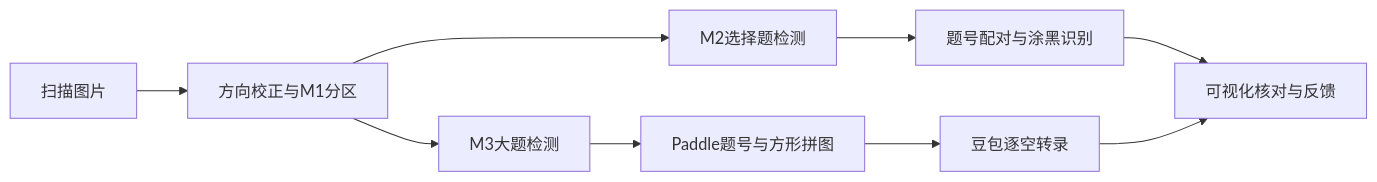
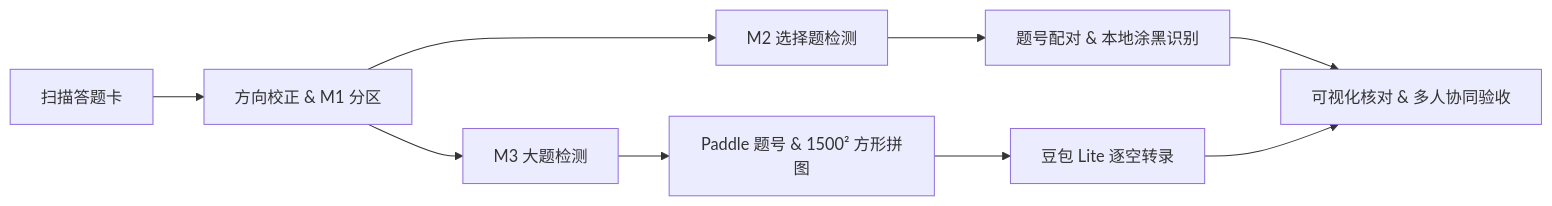
The diagram in README.md (KJNSAIUDHWI/my_first_project), drawn with Mermaid before and after one commit. The commit also changed other lines of this file and 1 other file, not shown here.

````diff
--- a/README.md
+++ b/README.md
@@ -80,11 +29,11 @@
 ```mermaid
 flowchart LR
-    A[扫描图片] --> B[方向校正与M1分区]
-    B --> C[M2选择题检测]
-    C --> D[题号配对与涂黑识别]
-    B --> E[M3大题检测]
-    E --> F[Paddle题号与方形拼图]
-    F --> G[豆包逐空转录]
-    D --> H[可视化核对与反馈]
+    A[扫描答题卡] --> B[方向校正 & M1 分区]
+    B --> C[M2 选择题检测]
+    C --> D[题号配对 & 本地涂黑识别]
+    B --> E[M3 大题检测]
+    E --> F[Paddle 题号 & 1500² 方形拼图]
+    F --> G[豆包 Lite 逐空转录]
+    D --> H[可视化核对 & 多人协同验收]
     G --> H
 ```
````
